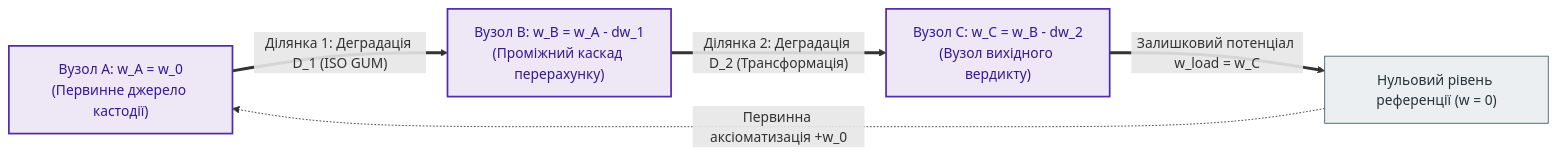
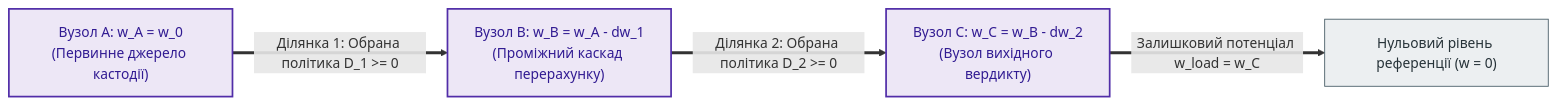
The second of 2 diagrams in Epistemic_Circuit_Theory/ch03-topological-conservation-invariants.md (nick-fedchik/articles), drawn with Mermaid before and after one commit. The commit also changed other lines of this file and 28 other files, not shown here.

````diff
--- a/Epistemic_Circuit_Theory/ch03-topological-conservation-invariants.md
+++ b/Epistemic_Circuit_Theory/ch03-topological-conservation-invariants.md
@@ -121,20 +131,19 @@
 ```mermaid
 flowchart LR
     accTitle: Рисунок 3.2. Другий топологічний інваріант про баланс потенціалів достовірності та накопичення невизначеності вздовж шляху
     accDescr: Послідовне зниження потенціалу достовірності dw_1 та dw_2 вздовж шляху виведення від джерела у вузлі A через проміжний вузол B до вихідного вузла C.
 
     NodeA["Вузол A: w_A = w_0\n(Первинне джерело кастодії)"]
     NodeB["Вузол B: w_B = w_A - dw_1\n(Проміжний каскад перерахунку)"]
     NodeC["Вузол C: w_C = w_B - dw_2\n(Вузол вихідного вердикту)"]
     GND["Нульовий рівень референції (w = 0)"]
 
-    NodeA ==>|"Ділянка 1: Деградація D_1 (ISO GUM)"| NodeB
-    NodeB ==>|"Ділянка 2: Деградація D_2 (Трансформація)"| NodeC
+    NodeA ==>|"Ділянка 1: Обрана політика D_1 >= 0"| NodeB
+    NodeB ==>|"Ділянка 2: Обрана політика D_2 >= 0"| NodeC
     NodeC ==>|"Залишковий потенціал w_load = w_C"| GND
-    GND -.->|"Первинна аксіоматизація +w_0"| NodeA
 
     classDef node fill:#ede7f6,stroke:#512da8,stroke-width:2px,color:#311b92;
     classDef gnd fill:#eceff1,stroke:#455a64,stroke-width:1px,color:#263238;
     class NodeA,NodeB,NodeC node;
     class GND gnd;
 ```
````
